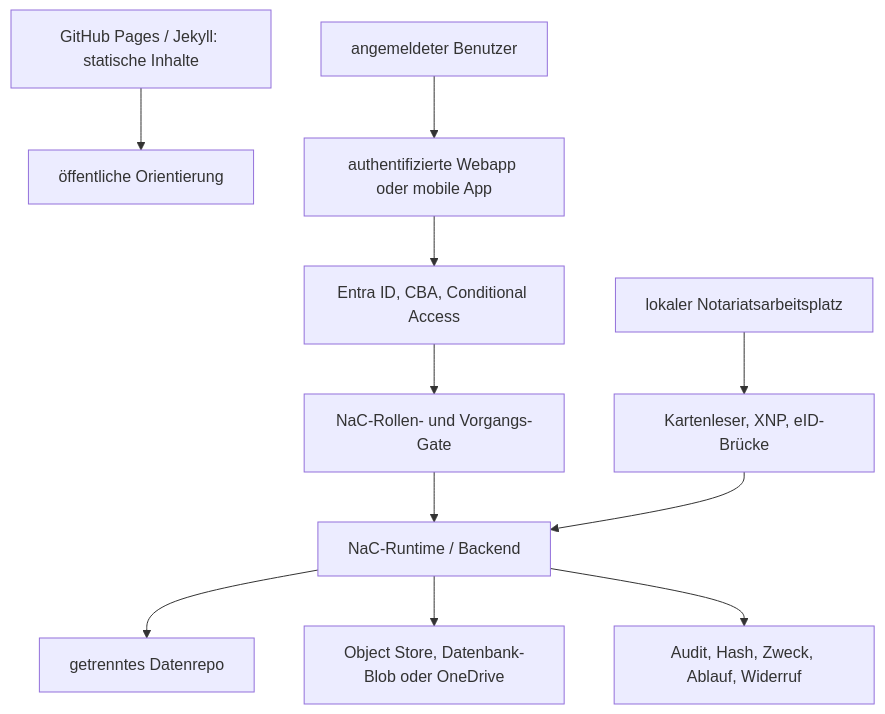
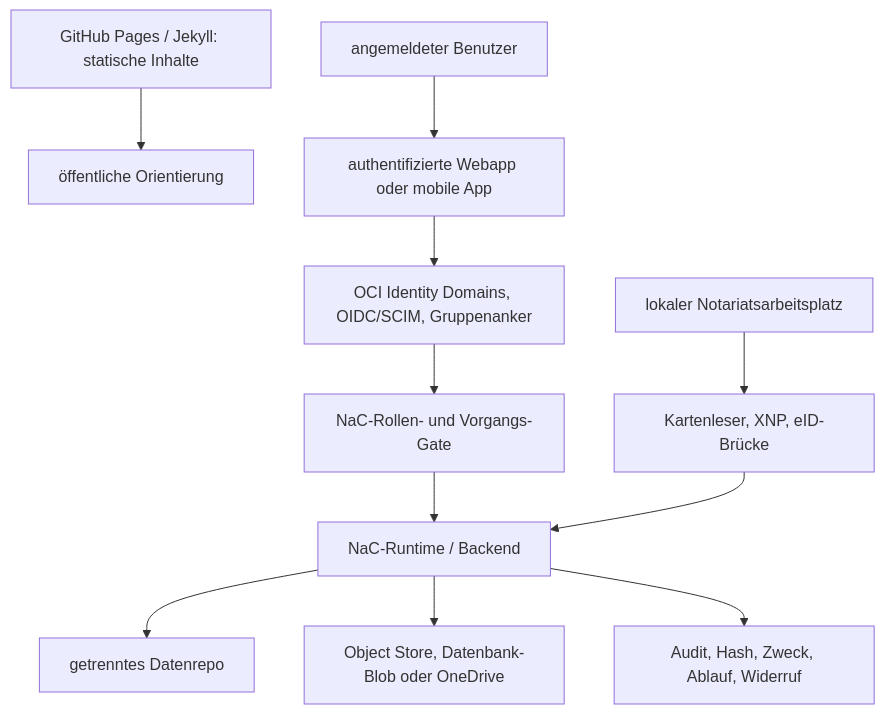
One commit to notariat8/NaC changed the diagram in docs/de/authenticated-webapp-operating-model.md. Above: the diagram before and after it, drawn with Mermaid. The commit also changed other lines of this file and 25 other files, not shown here.

Commit message:
feat: add oci tenant identity dry run

````diff
--- a/docs/de/authenticated-webapp-operating-model.md
+++ b/docs/de/authenticated-webapp-operating-model.md
@@ -29,13 +29,13 @@
 ```mermaid
 flowchart TD
     Static["GitHub Pages / Jekyll: statische Inhalte"] --> Public["öffentliche Orientierung"]
     User["angemeldeter Benutzer"] --> AuthApp["authentifizierte Webapp oder mobile App"]
-    AuthApp --> Entra["Entra ID, CBA, Conditional Access"]
-    Entra --> NacRole["NaC-Rollen- und Vorgangs-Gate"]
+    AuthApp --> OciIdp["OCI Identity Domains, OIDC/SCIM, Gruppenanker"]
+    OciIdp --> NacRole["NaC-Rollen- und Vorgangs-Gate"]
     NacRole --> Runtime["NaC-Runtime / Backend"]
     Runtime --> DataRepo["getrenntes Datenrepo"]
     Runtime --> Storage["Object Store, Datenbank-Blob oder OneDrive"]
     Runtime --> Audit["Audit, Hash, Zweck, Ablauf, Widerruf"]
     Workstation["lokaler Notariatsarbeitsplatz"] --> Card["Kartenleser, XNP, eID-Brücke"]
     Card --> Runtime
 ```
````
